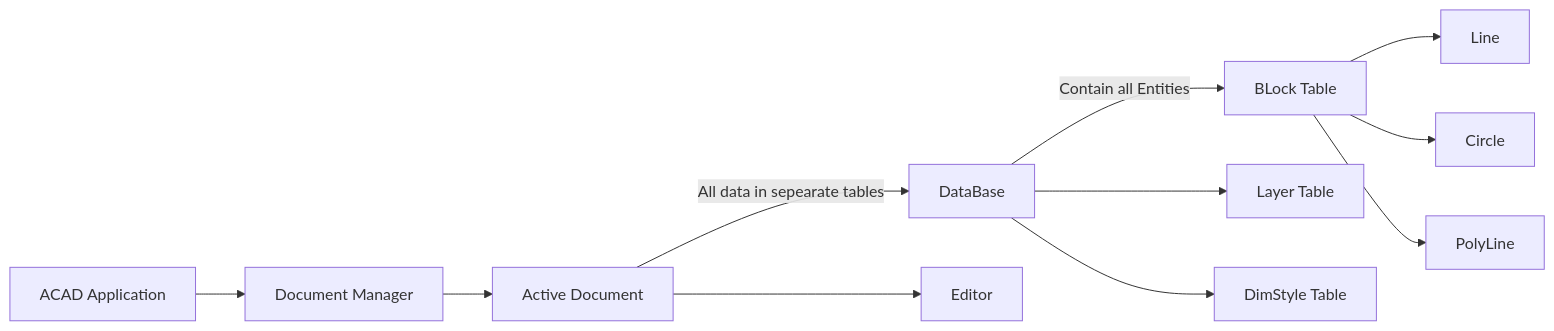
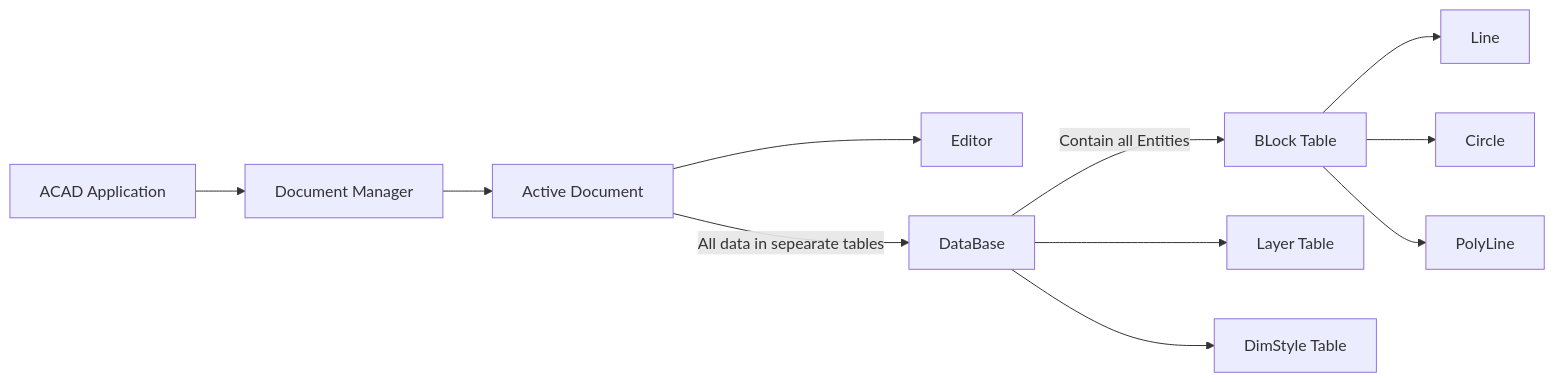
Before and after one commit to NodesAutomations/CSharp: the first of 3 diagrams in Autocad/Doc/AutoCAD Object Model.md, drawn with Mermaid. The commit also changed other lines of this file, not shown here.

````diff
--- a/Autocad/Doc/AutoCAD Object Model.md
+++ b/Autocad/Doc/AutoCAD Object Model.md
@@ -2,13 +2,13 @@
 ```mermaid
 graph LR
 A[ACAD Application]-->B[Document Manager]
 B-->C[Active Document]
+C-->E[Editor]
 C-->|All data in sepearate tables|D[DataBase]
-C-->E[Editor]
 D-->|Contain all Entities|F[BLock Table]
 D-->G[Layer Table]
 D-->H[DimStyle Table]
 F-->F1[Line]
 F-->F2[Circle]
 F-->F3[PolyLine]
 ```
````
